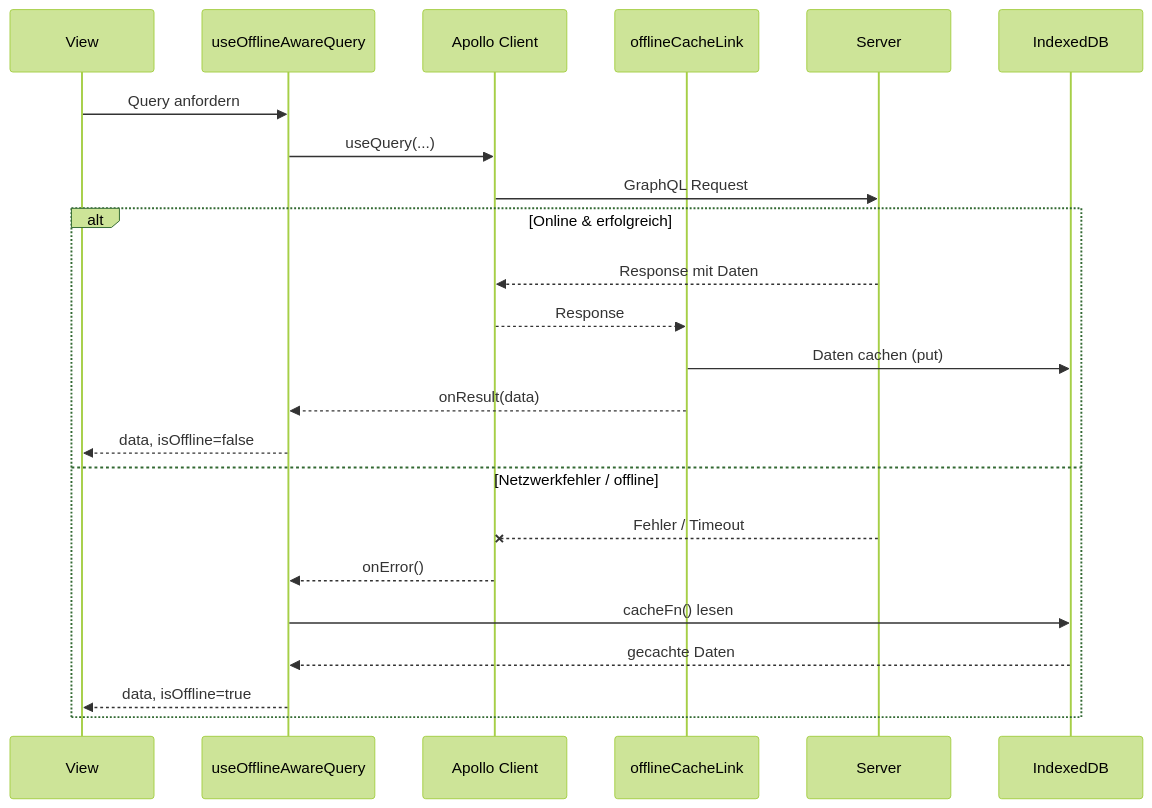
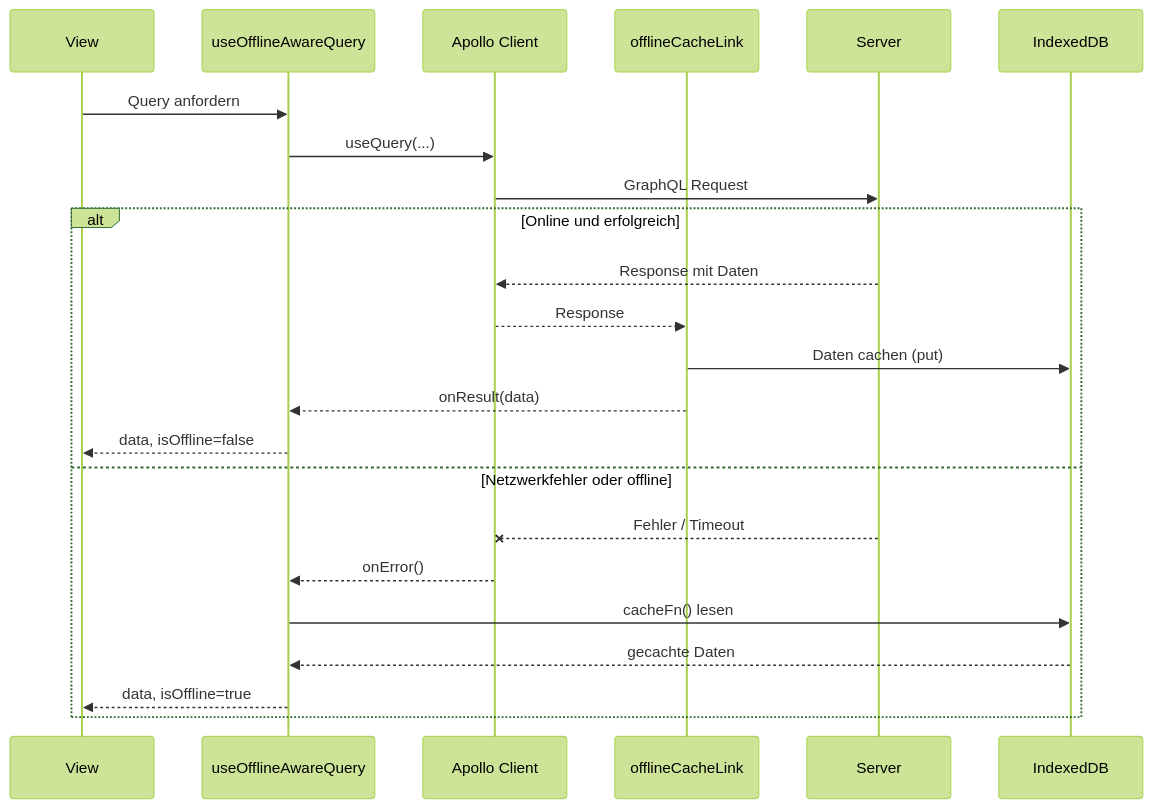
One commit to LeonS19/WebTechFinaleAbgabe changed the second of 2 diagrams in backend/docs/dokumentationen/PWA_Doku.md. Above: the diagram before and after it, drawn with Mermaid (forest theme). The commit also changed other lines of this file and 4 other files, not shown here.

````diff
--- a/backend/docs/dokumentationen/PWA_Doku.md
+++ b/backend/docs/dokumentationen/PWA_Doku.md
@@ -98,27 +142,27 @@
 ```mermaid
 sequenceDiagram
     participant View
     participant Composable as useOfflineAwareQuery
     participant Apollo as Apollo Client
     participant CacheLink as offlineCacheLink
     participant Server
     participant IDB as IndexedDB
 
     View->>Composable: Query anfordern
     Composable->>Apollo: useQuery(...)
     Apollo->>Server: GraphQL Request
 
-    alt Online & erfolgreich
+    alt Online und erfolgreich
         Server-->>Apollo: Response mit Daten
         Apollo-->>CacheLink: Response
         CacheLink->>IDB: Daten cachen (put)
         CacheLink-->>Composable: onResult(data)
         Composable-->>View: data, isOffline=false
-    else Netzwerkfehler / offline
+    else Netzwerkfehler oder offline
         Server--xApollo: Fehler / Timeout
         Apollo-->>Composable: onError()
         Composable->>IDB: cacheFn() lesen
         IDB-->>Composable: gecachte Daten
         Composable-->>View: data, isOffline=true
     end
 ```
````
